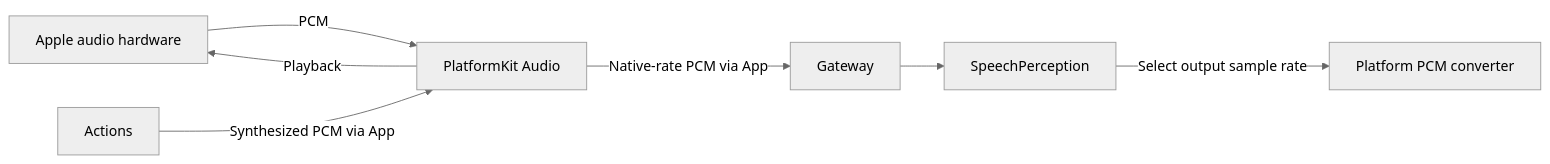
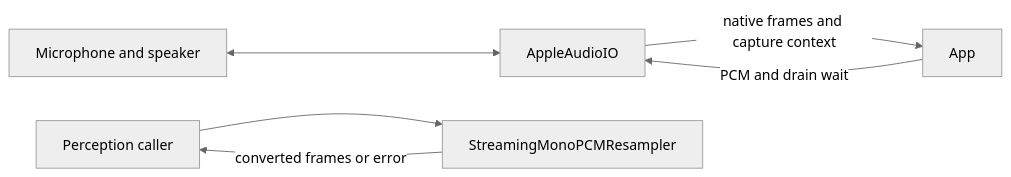
The diagram in MobileHarness/PlatformKit/Audio/README.md (devilyouwei/MobileHarness), drawn with Mermaid (neutral theme) before and after one commit. The commit also changed other lines of this file and 116 other files, not shown here.

````diff
--- a/MobileHarness/PlatformKit/Audio/README.md
+++ b/MobileHarness/PlatformKit/Audio/README.md
@@ -11,9 +15,8 @@
 ```mermaid
 flowchart LR
-    OS[Apple audio hardware] -->|PCM| Audio[PlatformKit Audio]
-    Audio -->|Native-rate PCM via App| Gateway
-    Gateway --> Speech[SpeechPerception]
-    Speech -->|Select output sample rate| Convert[Platform PCM converter]
-    Actions -->|Synthesized PCM via App| Audio
-    Audio -->|Playback| OS
+ Hardware[Microphone and speaker] <--> IO[AppleAudioIO]
+ IO -->|native frames and capture context| App
+ App -->|PCM and drain wait| IO
+ Caller[Perception caller] --> Converter[StreamingMonoPCMResampler]
+ Converter -->|converted frames or error| Caller
 ```
````
